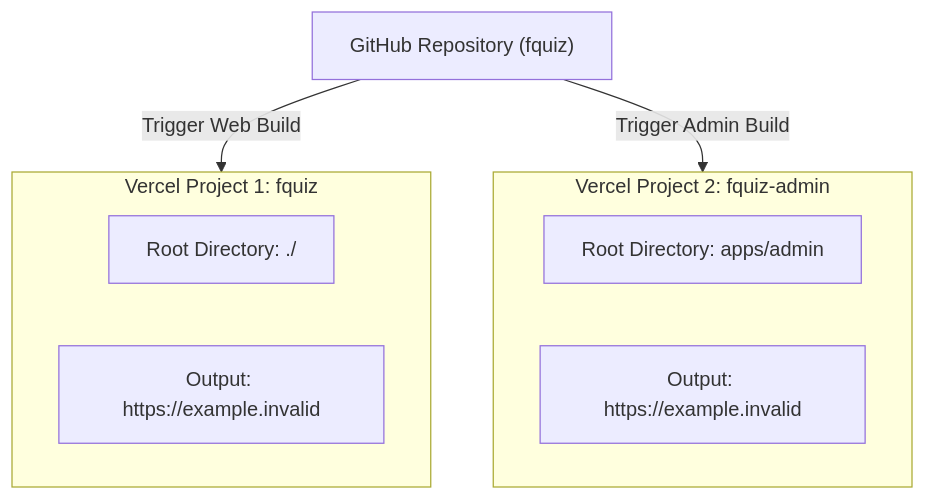
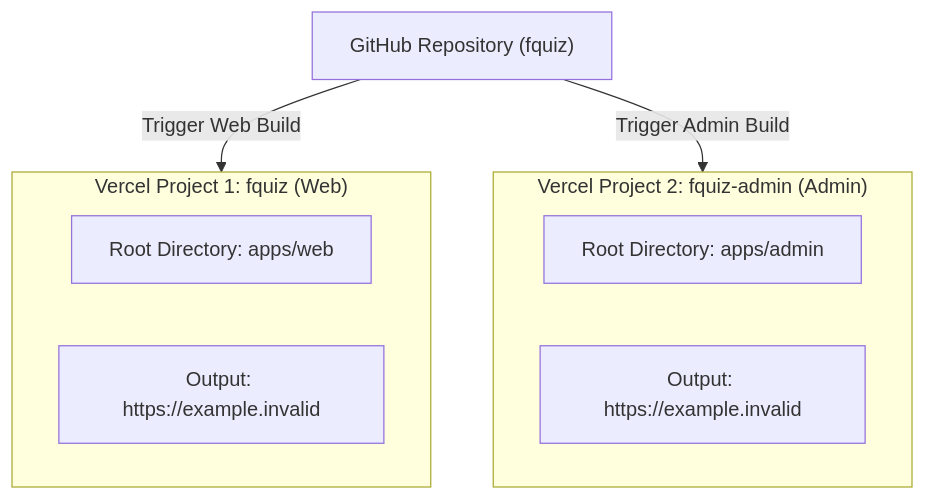
The first of 2 diagrams in docs/DEPLOYMENT.md (nvtruongops/fquiz), drawn with Mermaid before and after one commit. The commit also changed other lines of this file and 676 other files, not shown here.

Commit message:
feat(monorepo): pure symmetrical turborepo architecture migration & governance v2.0.0

````diff
--- a/docs/DEPLOYMENT.md
+++ b/docs/DEPLOYMENT.md
@@ -67,17 +58,17 @@
 ```mermaid
 graph TD
     Repo["GitHub Repository (fquiz)"]
     
-    subgraph VercelWeb ["Vercel Project 1: fquiz"]
-        RootDir1["Root Directory: ./"]
+    subgraph VercelWeb ["Vercel Project 1: fquiz (Web)"]
+        RootDir1["Root Directory: apps/web"]
         Output1["Output: https://example.invalid"]
     end
     
-    subgraph VercelAdmin ["Vercel Project 2: fquiz-admin"]
+    subgraph VercelAdmin ["Vercel Project 2: fquiz-admin (Admin)"]
         RootDir2["Root Directory: apps/admin"]
         Output2["Output: https://example.invalid"]
     end
     
     Repo -->|Trigger Web Build| VercelWeb
     Repo -->|Trigger Admin Build| VercelAdmin
 ```
````
